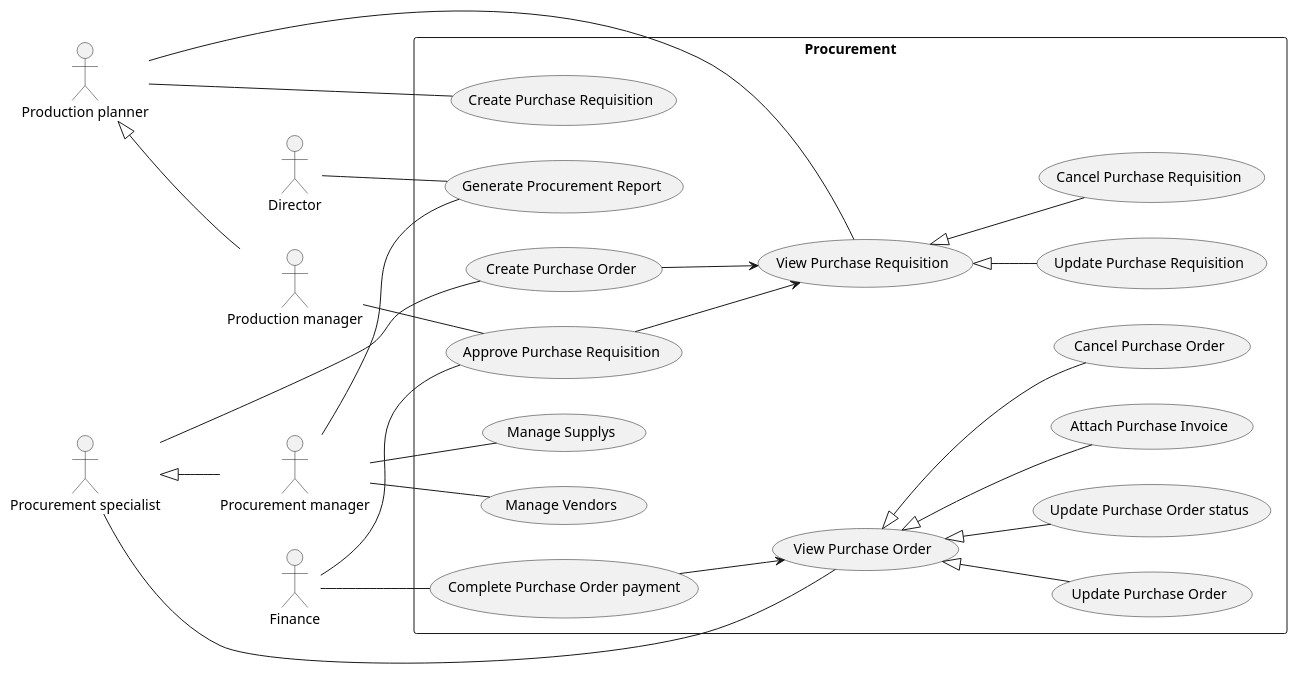
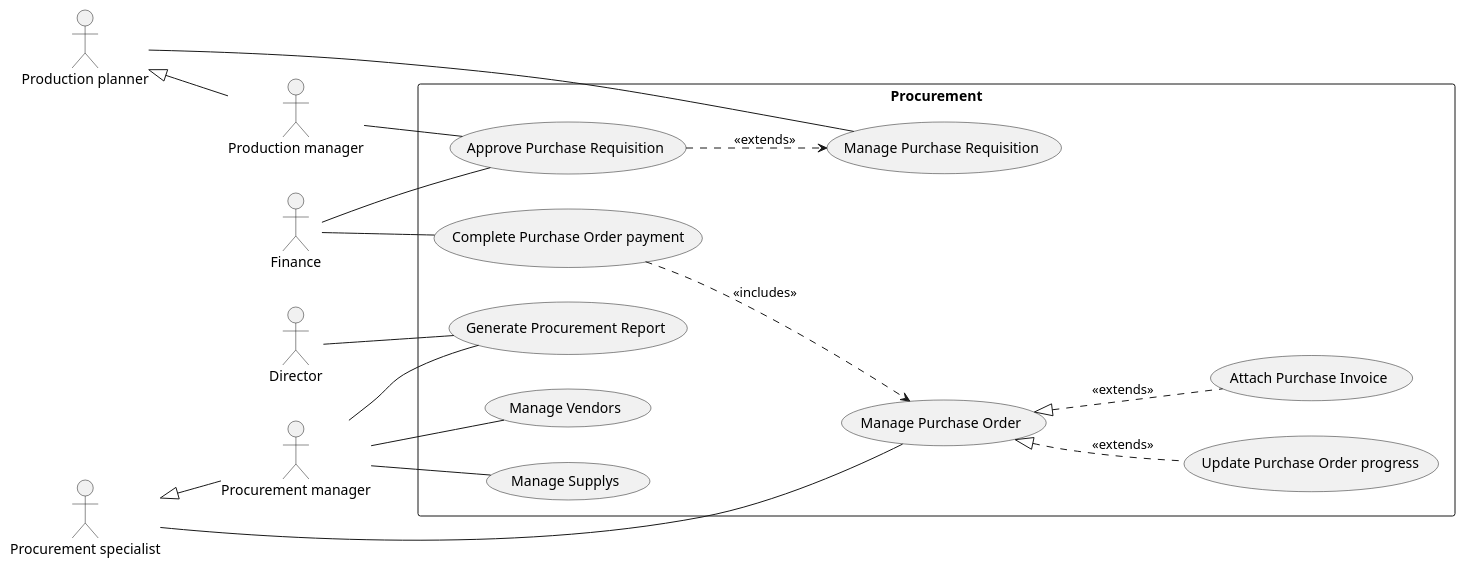
One commit to phihungha/SE357-Practice-class changed the diagram in Lab1/Lab1.2/use-cases/procurement.plantuml. Above: the diagram before and after it, drawn with PlantUML. The commit also changed 21 other files, not shown here.

Commit message:
Reduce use case number and split class diagram

```diff
--- a/Lab1/Lab1.2/use-cases/procurement.plantuml
+++ b/Lab1/Lab1.2/use-cases/procurement.plantuml
@@ -1,40 +1,33 @@
-@startuml Procurement
+@startuml procurement
 left to right direction
 
 :Director: as d
 :Finance: as f
 
 :Production planner: as pp
 :Production manager: as prm
 pp <|-- prm
 
 :Procurement manager: as pm
 :Procurement specialist: as ps
 ps <|-- pm
 
 rectangle Procurement {
-    pp -- (Create Purchase Requisition)
-    pp -- (View Purchase Requisition)
-    (View Purchase Requisition) <|-- (Update Purchase Requisition)
-    (View Purchase Requisition) <|-- (Cancel Purchase Requisition)
+    pp -- (Manage Purchase Requisition)
     f -- (Approve Purchase Requisition)
     prm -- (Approve Purchase Requisition)
-    (Approve Purchase Requisition) --> (View Purchase Requisition)
+    (Approve Purchase Requisition) ..> (Manage Purchase Requisition) : <<extends>>
 
-    ps -- (Create Purchase Order)
-    (Create Purchase Order) --> (View Purchase Requisition)
-    ps -- (View Purchase Order)
-    (View Purchase Order) <|-- (Update Purchase Order)
-    (View Purchase Order) <|-- (Update Purchase Order status)
-    (View Purchase Order) <|-- (Attach Purchase Invoice)
-    (View Purchase Order) <|-- (Cancel Purchase Order)
+    ps -- (Manage Purchase Order)
+    (Manage Purchase Order) <|.. (Update Purchase Order progress) : <<extends>>
+    (Manage Purchase Order) <|.. (Attach Purchase Invoice) : <<extends>>
     f -- (Complete Purchase Order payment)
-    (Complete Purchase Order payment) --> (View Purchase Order)
+    (Complete Purchase Order payment) ..> (Manage Purchase Order) : <<includes>>
 
     pm -- (Manage Vendors)
     pm -- (Manage Supplys)
 
     pm -- (Generate Procurement Report)
     d -- (Generate Procurement Report)
 }
 @enduml
```
